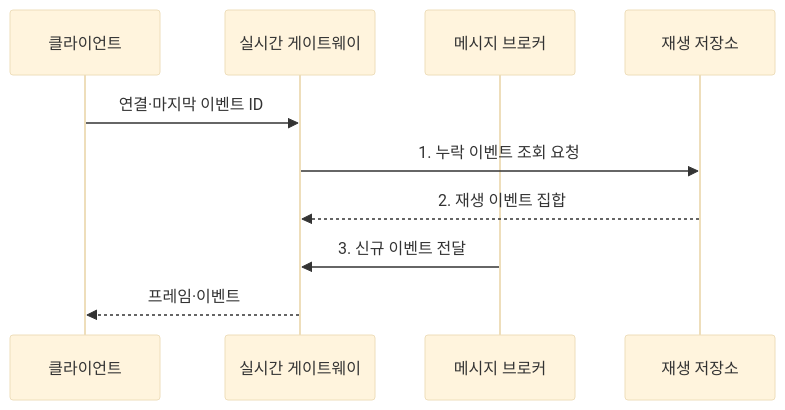
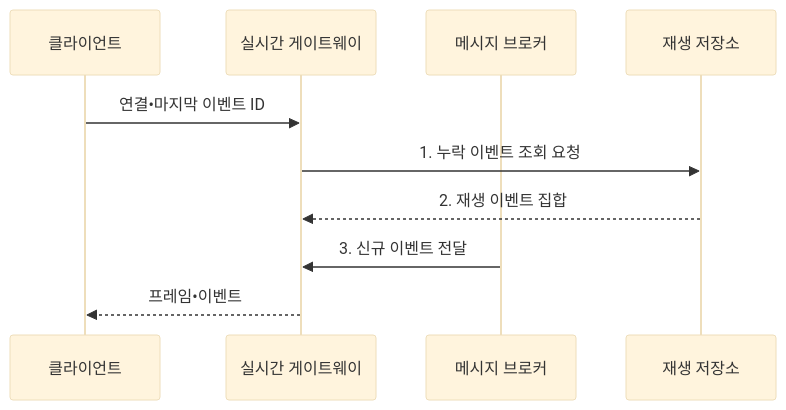
Before and after one commit to agnusdei1207/knowledge-base: the second of 2 diagrams in src/content/docs/notes/03-software/178_websocket_sse.md, drawn with Mermaid (base theme). The commit also changed other lines of this file and 953 other files, not shown here.

````diff
--- a/src/content/docs/notes/03-software/178_websocket_sse.md
+++ b/src/content/docs/notes/03-software/178_websocket_sse.md
@@ -109,12 +109,12 @@
 ```mermaid
 sequenceDiagram
     participant C as 클라이언트
     participant G as 실시간 게이트웨이
     participant B as 메시지 브로커
     participant R as 재생 저장소
-    C->>G: 연결·마지막 이벤트 ID
+    C->>G: 연결•마지막 이벤트 ID
     G->>R: 1. 누락 이벤트 조회 요청
     R-->>G: 2. 재생 이벤트 집합
     B->>G: 3. 신규 이벤트 전달
-    G-->>C: 프레임·이벤트
+    G-->>C: 프레임•이벤트
 ```
````
